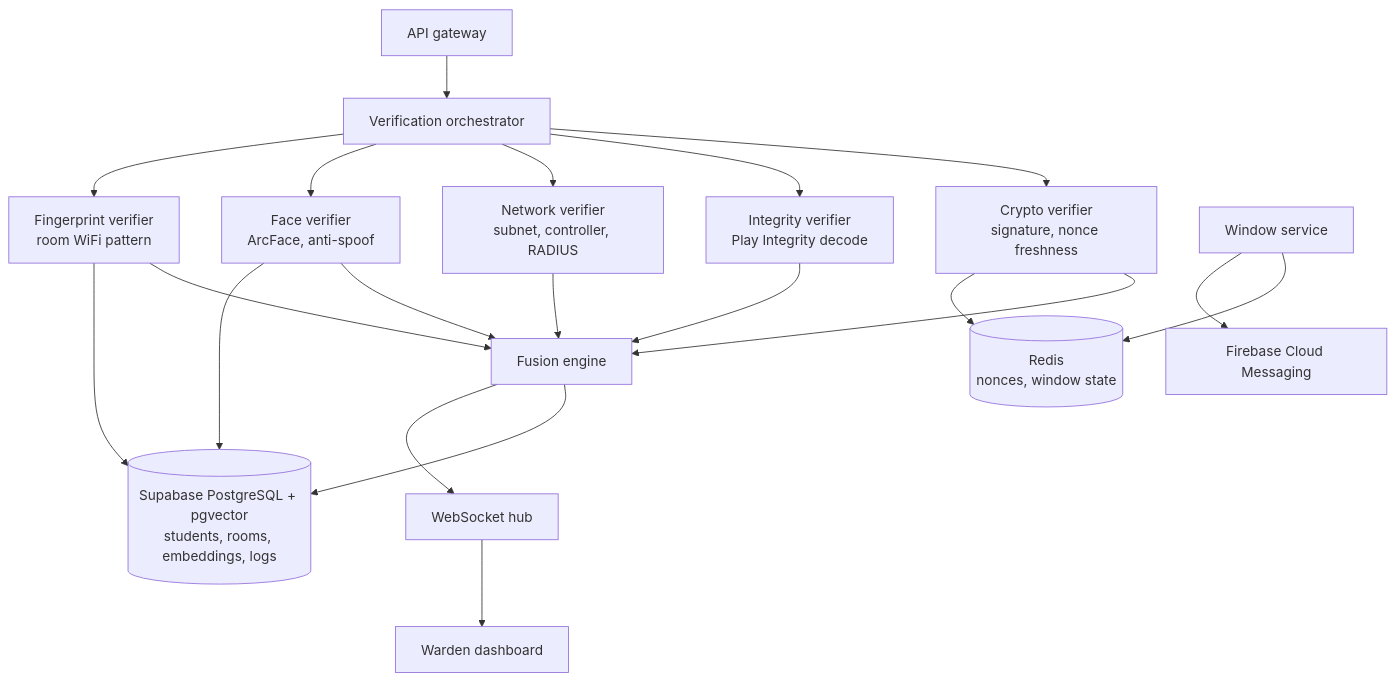
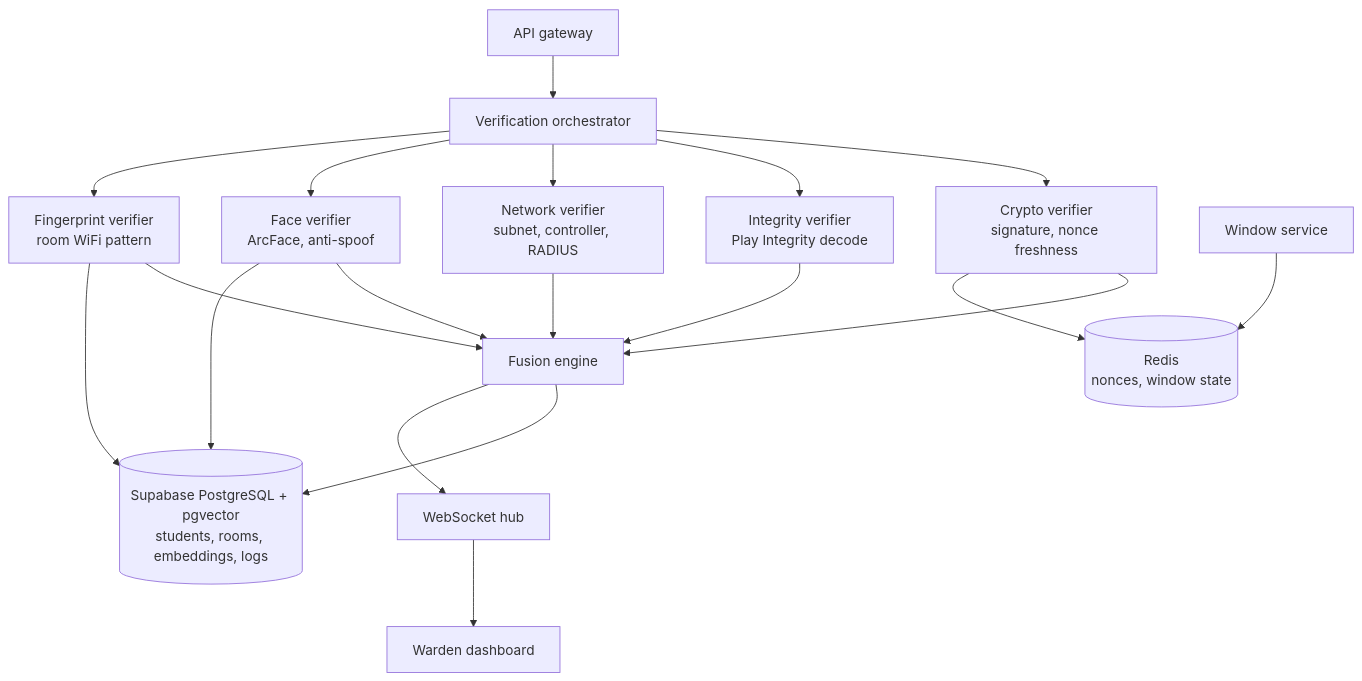
One commit to Rahul-8283/NightRoll changed the third of 14 diagrams in README.md. Above: the diagram before and after it, drawn with Mermaid. The commit also changed other lines of this file and 14 other files, not shown here.

````diff
--- a/README.md
+++ b/README.md
@@ -195,24 +194,23 @@
 ```mermaid
 flowchart TB
     GW["API gateway"] --> ORC["Verification orchestrator"]
 
     ORC --> CV["Crypto verifier<br/>signature, nonce freshness"]
     ORC --> IV["Integrity verifier<br/>Play Integrity decode"]
     ORC --> NV["Network verifier<br/>subnet, controller, RADIUS"]
     ORC --> FV["Face verifier<br/>ArcFace, anti-spoof"]
     ORC --> WV["Fingerprint verifier<br/>room WiFi pattern"]
 
     CV --> FE["Fusion engine"]
     IV --> FE
     NV --> FE
     FV --> FE
     WV --> FE
 
     WS["Window service"] --> RD[("Redis<br/>nonces, window state")]
     CV --> RD
     FV --> PG[("Supabase PostgreSQL + pgvector<br/>students, rooms, embeddings, logs")]
     WV --> PG
     FE --> PG
     FE --> RT["WebSocket hub"] --> DB["Warden dashboard"]
-    WS --> FCM["Firebase Cloud Messaging"]
 ```
````
